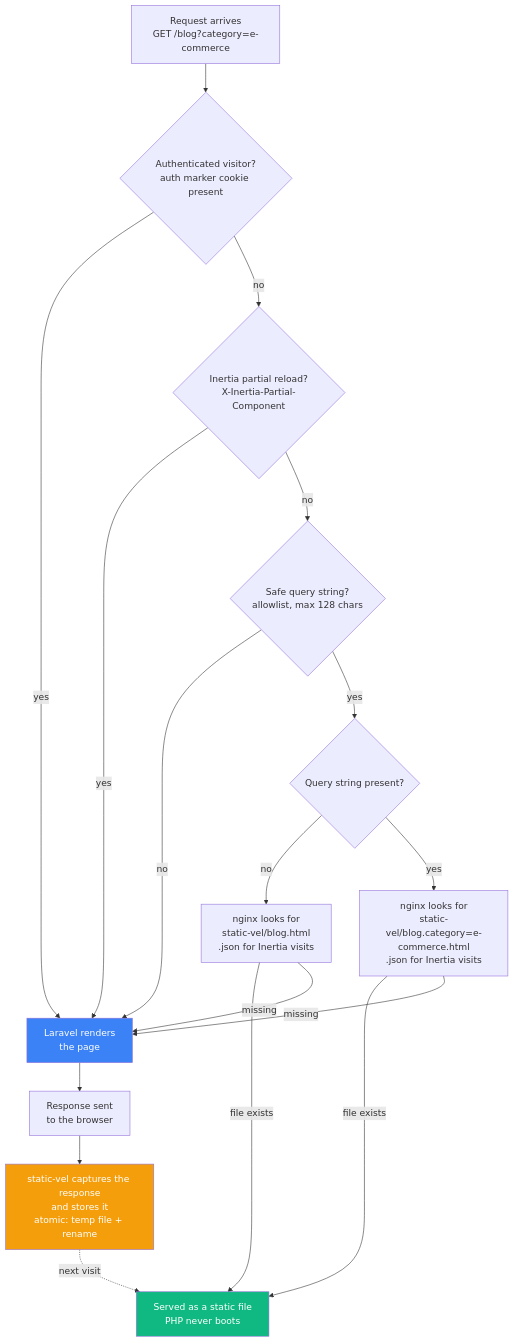
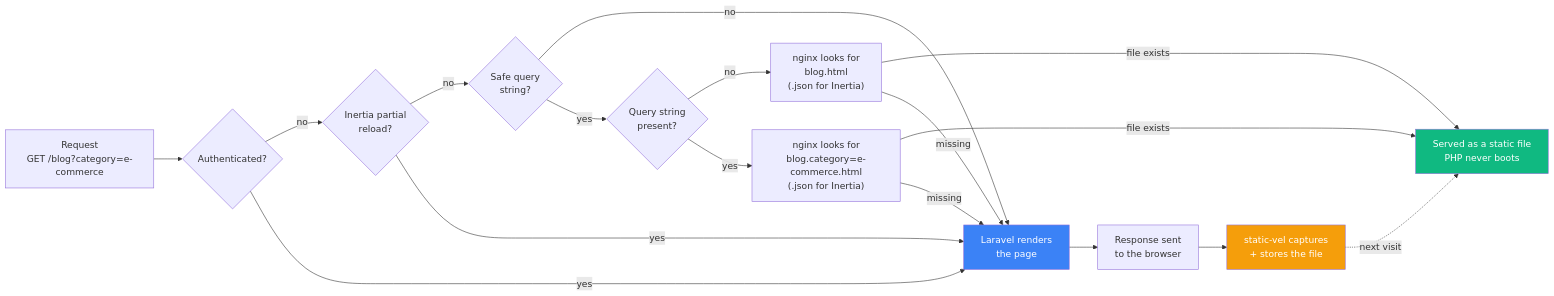
One commit to mehedimi/static-vel changed the diagram in README.md. Above: the diagram before and after it, drawn with Mermaid.

Commit message:
Switch Mermaid diagram to left-to-right layout

````diff
--- a/README.md
+++ b/README.md
@@ -7,23 +7,23 @@
 ```mermaid
-flowchart TD
-    A["Request arrives<br/>GET /blog?category=e-commerce"] --> B{"Authenticated visitor?<br/>auth marker cookie present"}
+flowchart LR
+    A["Request<br/>GET /blog?category=e-commerce"] --> B{"Authenticated?"}
+    B -->|no| C{"Inertia partial<br/>reload?"}
     B -->|yes| L["Laravel renders<br/>the page"]
-    B -->|no| C{"Inertia partial reload?<br/>X-Inertia-Partial-Component"}
+    C -->|no| D{"Safe query<br/>string?"}
     C -->|yes| L
-    C -->|no| D{"Safe query string?<br/>allowlist, max 128 chars"}
     D -->|no| L
-    D -->|yes| E{"Query string present?"}
-    E -->|no| F["nginx looks for<br/>static-vel/blog.html<br/>.json for Inertia visits"]
-    E -->|yes| G["nginx looks for<br/>static-vel/blog.category=e-commerce.html<br/>.json for Inertia visits"]
+    D -->|yes| E{"Query string<br/>present?"}
+    E -->|no| F["nginx looks for<br/>blog.html<br/>(.json for Inertia)"]
+    E -->|yes| G["nginx looks for<br/>blog.category=e-commerce.html<br/>(.json for Inertia)"]
     F -->|file exists| S["Served as a static file<br/>PHP never boots"]
     G -->|file exists| S
     F -->|missing| L
     G -->|missing| L
     L --> T["Response sent<br/>to the browser"]
-    T --> U["static-vel captures the response<br/>and stores it<br/>atomic: temp file + rename"]
+    T --> U["static-vel captures<br/>+ stores the file"]
     U -.->|next visit| S
 
     style S fill:#10b981,color:#ffffff
     style L fill:#3b82f6,color:#ffffff
     style U fill:#f59e0b,color:#ffffff
 ```
````
